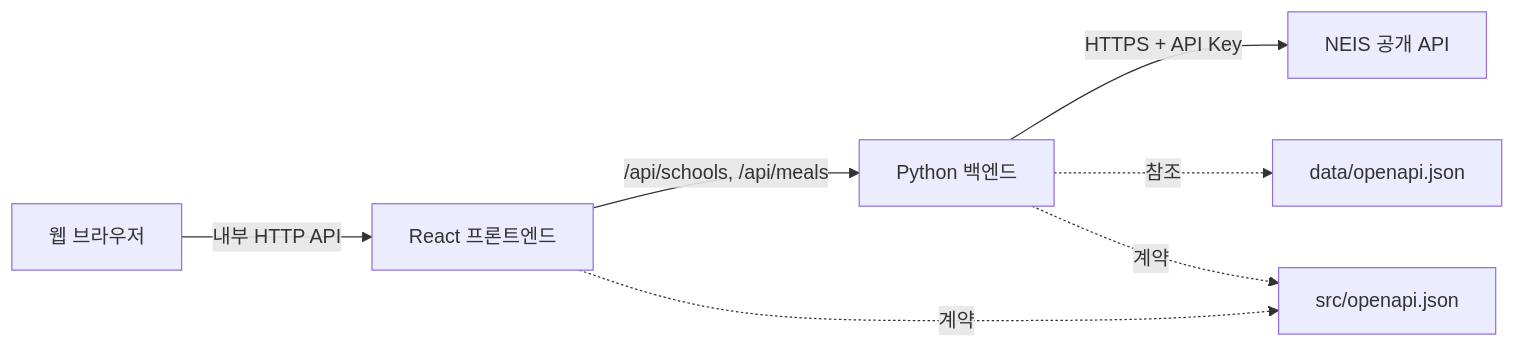
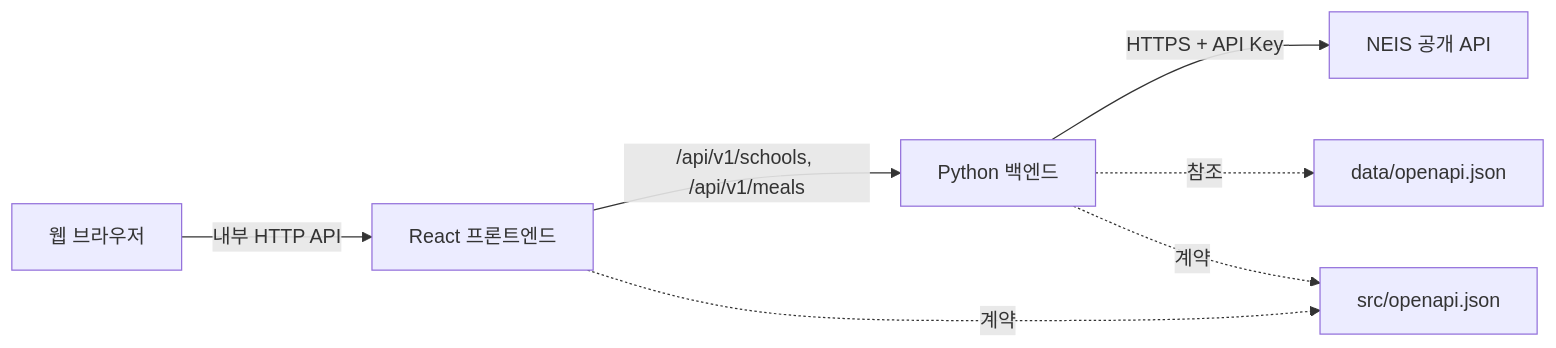
The diagram in TRD.md (richku1969-cell/battle-school-lunch-workshop), drawn with Mermaid before and after one commit. The commit also changed other lines of this file and 1 other file, not shown here.

````diff
--- a/TRD.md
+++ b/TRD.md
@@ -22,9 +22,9 @@
 ```mermaid
 flowchart LR
     U[웹 브라우저] -->|내부 HTTP API| F[React 프론트엔드]
-    F -->|/api/schools, /api/meals| B[Python 백엔드]
+    F -->|/api/v1/schools, /api/v1/meals| B[Python 백엔드]
     B -->|HTTPS + API Key| N[NEIS 공개 API]
     B -. 참조 .-> E[data/openapi.json]
     F -. 계약 .-> I[src/openapi.json]
     B -. 계약 .-> I
 ```
````
